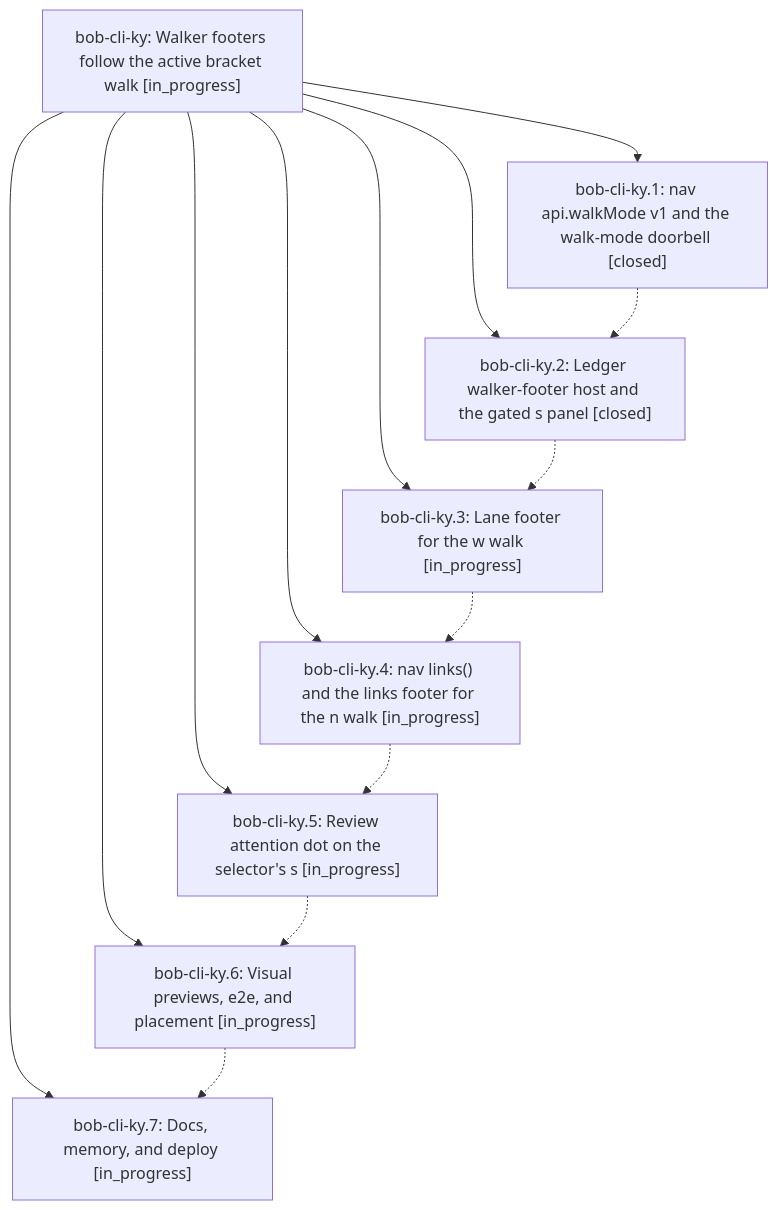
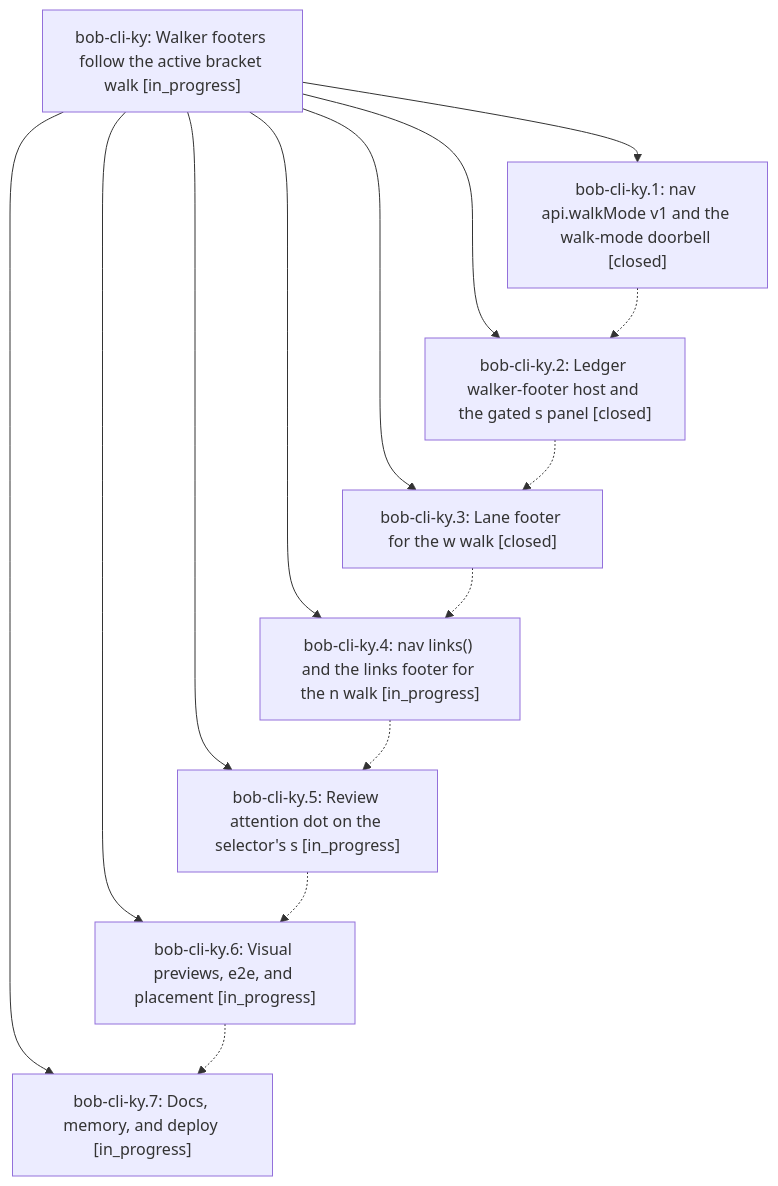
One commit to bobs-org/bob-cli--beads changed the diagram in pages/bob-cli-ky/README.md. Above: the diagram before and after it, drawn with Mermaid. The commit also changed other lines of this file and 3 other files, not shown here.

First line of the commit message:
chore(beads): sync bead state and pages for bob-cli-ky

````diff
--- a/pages/bob-cli-ky/README.md
+++ b/pages/bob-cli-ky/README.md
@@ -40,24 +40,24 @@
 ```mermaid
 flowchart TD
     n0["bob-cli-ky: Walker footers follow the active bracket walk [in_progress]"]
     n1["bob-cli-ky.1: nav api.walkMode v1 and the walk-mode doorbell [closed]"]
     n2["bob-cli-ky.2: Ledger walker-footer host and the gated s panel [closed]"]
-    n3["bob-cli-ky.3: Lane footer for the w walk [in_progress]"]
+    n3["bob-cli-ky.3: Lane footer for the w walk [closed]"]
     n4["bob-cli-ky.4: nav links() and the links footer for the n walk [in_progress]"]
     n5["bob-cli-ky.5: Review attention dot on the selector's s [in_progress]"]
     n6["bob-cli-ky.6: Visual previews, e2e, and placement [in_progress]"]
     n7["bob-cli-ky.7: Docs, memory, and deploy [in_progress]"]
     n0 --> n1
     n0 --> n2
     n0 --> n3
     n0 --> n4
     n0 --> n5
     n0 --> n6
     n0 --> n7
     n1 -.-> n2
     n2 -.-> n3
     n3 -.-> n4
     n4 -.-> n5
     n5 -.-> n6
     n6 -.-> n7
 ```
````
